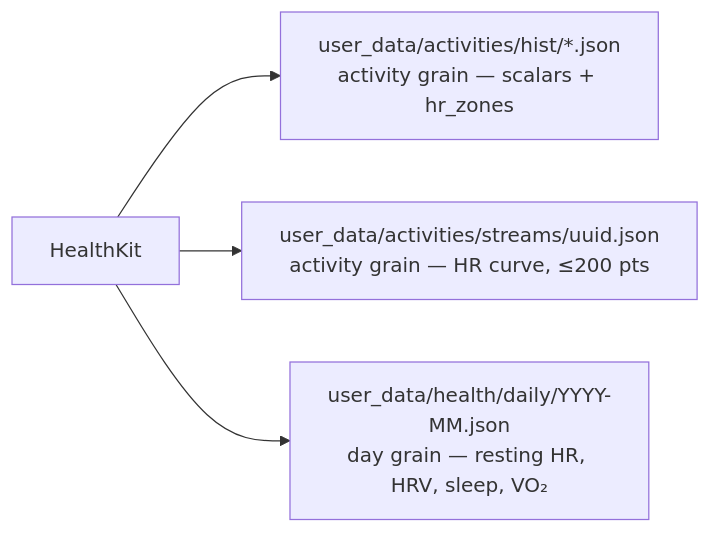
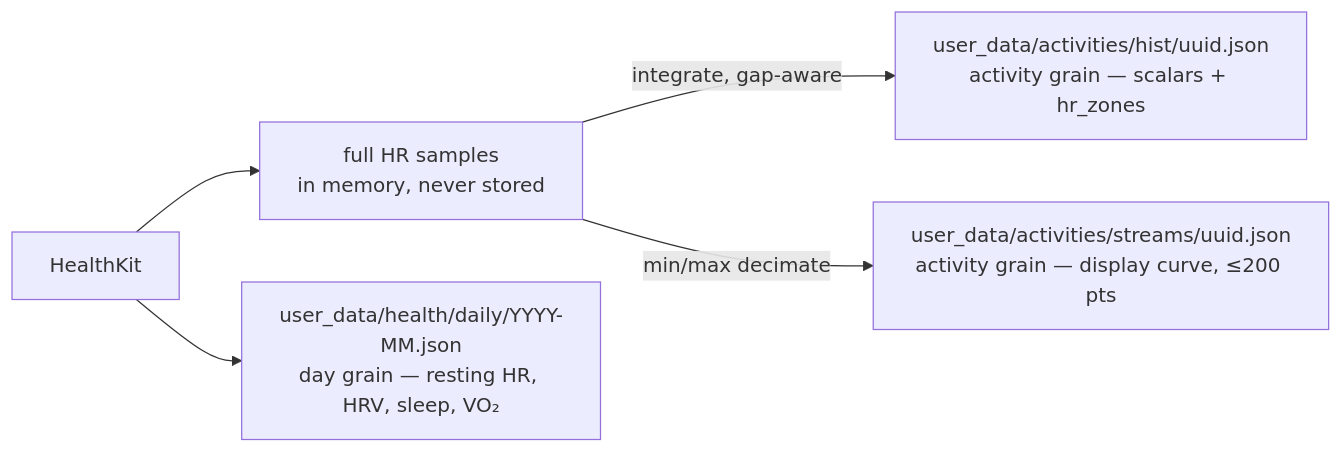
One commit to sibling-shipyard/coach-hq changed the diagram in docs/eng-docs/healthkit-richer-signals.md. Above: the diagram before and after it, drawn with Mermaid. The commit also changed other lines of this file and 2 other files, not shown here.

First line of the commit message:
docs: tighten HealthKit signals plan — gap-aware zones, stream schema, merge rules

````diff
--- a/docs/eng-docs/healthkit-richer-signals.md
+++ b/docs/eng-docs/healthkit-richer-signals.md
@@ -22,11 +24,13 @@
 ```mermaid
 flowchart LR
   hk["HealthKit"]
-  hist["user_data/activities/hist/*.json<br/>activity grain — scalars + hr_zones"]
-  streams["user_data/activities/streams/uuid.json<br/>activity grain — HR curve, ≤200 pts"]
+  full["full HR samples<br/>in memory, never stored"]
+  hist["user_data/activities/hist/uuid.json<br/>activity grain — scalars + hr_zones"]
+  streams["user_data/activities/streams/uuid.json<br/>activity grain — display curve, ≤200 pts"]
   daily["user_data/health/daily/YYYY-MM.json<br/>day grain — resting HR, HRV, sleep, VO₂"]
 
-  hk --> hist
-  hk --> streams
+  hk --> full
+  full -->|"integrate, gap-aware"| hist
+  full -->|"min/max decimate"| streams
   hk --> daily
 ```
````
